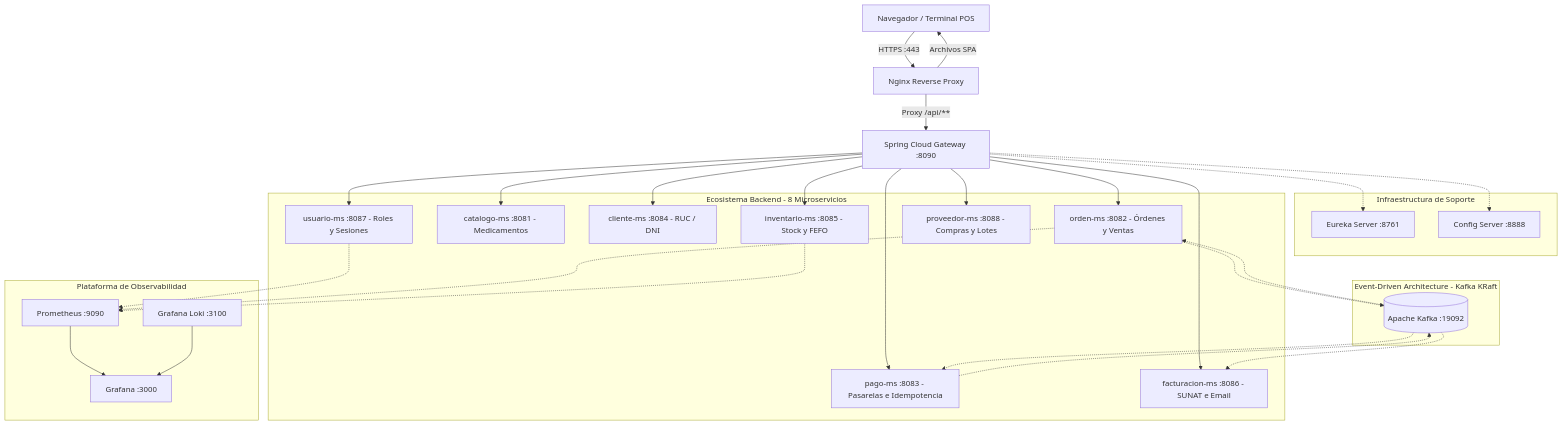
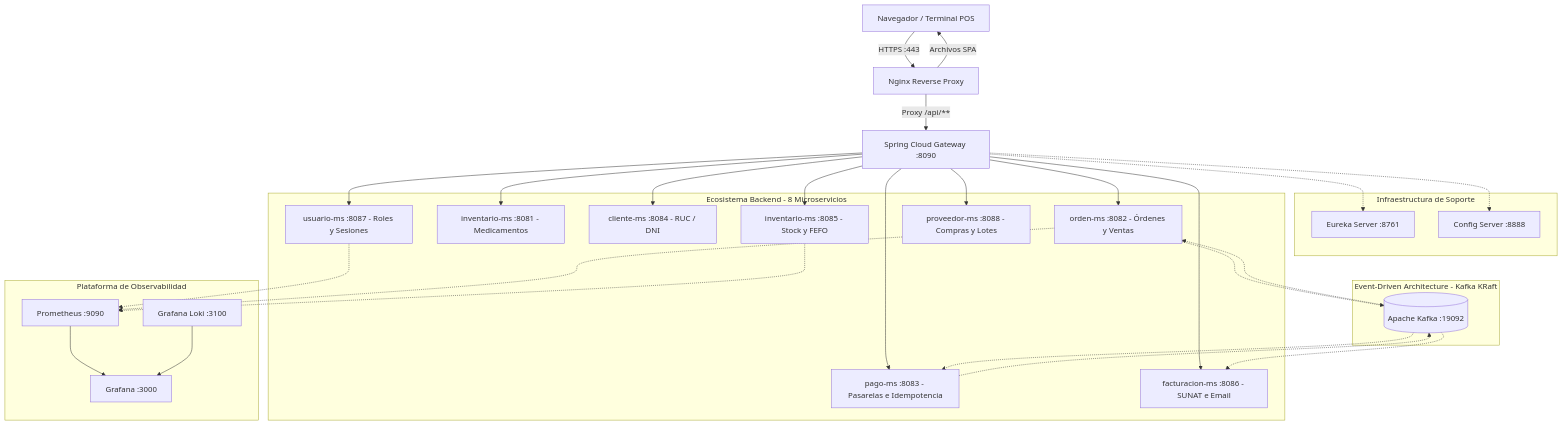
Before and after one commit to rbn-69-cod/MediZano_microservicios: the diagram in docs/sesiones/S12_Evaluacion_Unidad_2.md, drawn with Mermaid. The commit also changed other lines of this file and 68 other files, not shown here.

````diff
--- a/docs/sesiones/S12_Evaluacion_Unidad_2.md
+++ b/docs/sesiones/S12_Evaluacion_Unidad_2.md
@@ -36,55 +36,55 @@
 ```mermaid
 flowchart TB
     Browser["Navegador / Terminal POS"] -->|HTTPS :443| Nginx["Nginx Reverse Proxy"]
     Nginx -->|Archivos SPA| Browser
     Nginx -->|Proxy /api/**| GW["Spring Cloud Gateway :8090"]
 
     subgraph Infraestructura ["Infraestructura de Soporte"]
       DISC["Eureka Server :8761"]
       CONF["Config Server :8888"]
     end
 
     GW -.-> DISC
     GW -.-> CONF
 
     subgraph Backend ["Ecosistema Backend - 8 Microservicios"]
       US["usuario-ms :8087 - Roles y Sesiones"]
-      CA["catalogo-ms :8081 - Medicamentos"]
+      CA["inventario-ms :8081 - Medicamentos"]
       CL["cliente-ms :8084 - RUC / DNI"]
       OR["orden-ms :8082 - Órdenes y Ventas"]
       IN["inventario-ms :8085 - Stock y FEFO"]
       PA["pago-ms :8083 - Pasarelas e Idempotencia"]
       FA["facturacion-ms :8086 - SUNAT e Email"]
       PR["proveedor-ms :8088 - Compras y Lotes"]
     end
 
     GW --> US
     GW --> CA
     GW --> CL
     GW --> OR
     GW --> IN
     GW --> PA
     GW --> FA
     GW --> PR
 
     subgraph Eventos ["Event-Driven Architecture - Kafka KRaft"]
       KAFKA[("Apache Kafka :19092")]
       OR -.-> KAFKA
       KAFKA -.-> PA
       PA -.-> KAFKA
       KAFKA -.-> OR
       KAFKA -.-> FA
     end
 
     subgraph Observabilidad ["Plataforma de Observabilidad"]
       PROM["Prometheus :9090"]
       LOKI["Grafana Loki :3100"]
       GRAF["Grafana :3000"]
     end
 
     US -.-> PROM
     OR -.-> PROM
     IN -.-> PROM
     PROM --> GRAF
     LOKI --> GRAF
 ```
````
